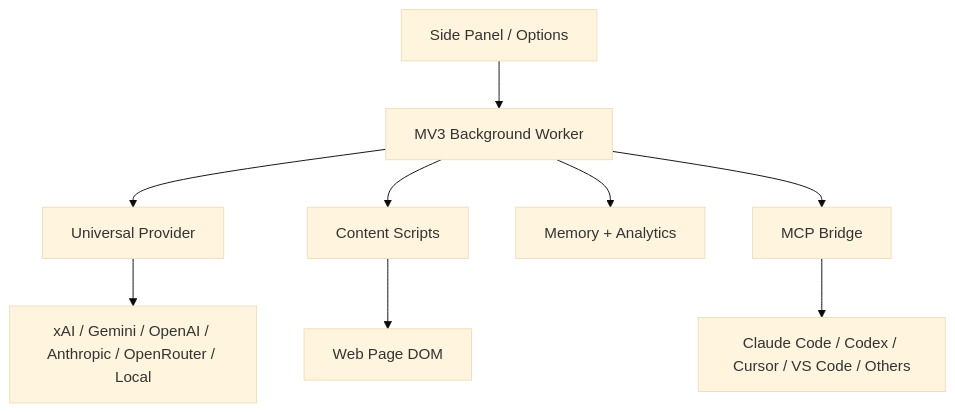
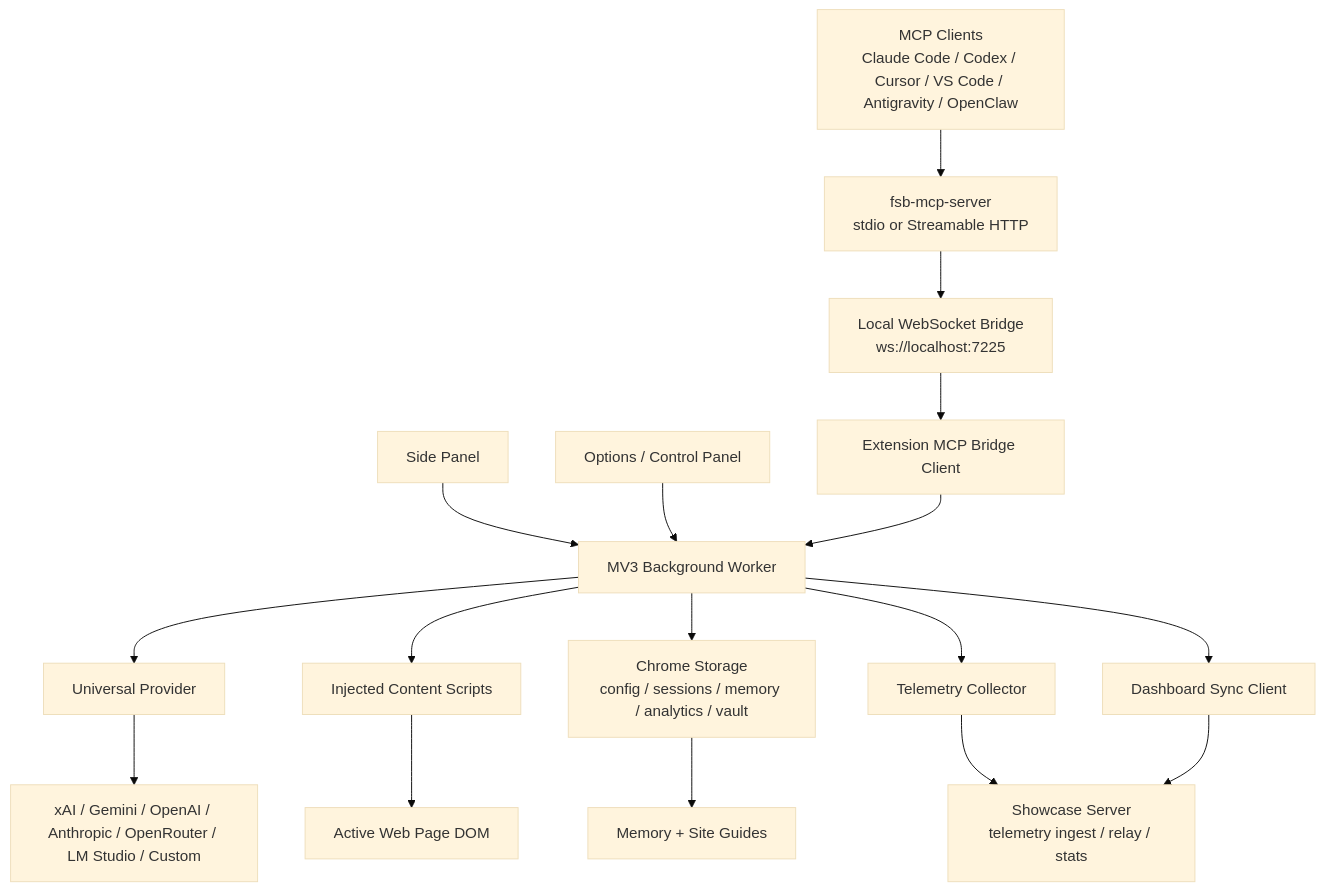
Before and after one commit to LakshmanTurlapati/FSB: the diagram in README.md, drawn with Mermaid (base theme). The commit also changed other lines of this file and 3 other files, not shown here.

Commit message:
docs: add demo thumbnails and architecture updates

````diff
--- a/README.md
+++ b/README.md
@@ -371,11 +399,19 @@
 ```mermaid
 graph TB
-    UI["Side Panel / Options"] --> BG["MV3 Background Worker"]
+    CLIENTS["MCP Clients<br/>Claude Code / Codex / Cursor / VS Code / Antigravity / OpenClaw"] --> SERVER["fsb-mcp-server<br/>stdio or Streamable HTTP"]
+    SERVER --> BRIDGE["Local WebSocket Bridge<br/>ws://localhost:7225"]
+    BRIDGE --> EXTBRIDGE["Extension MCP Bridge Client"]
+    SIDE["Side Panel"] --> BG["MV3 Background Worker"]
+    OPTIONS["Options / Control Panel"] --> BG
+    EXTBRIDGE --> BG
     BG --> AI["Universal Provider"]
-    BG --> CS["Content Scripts"]
-    BG --> MEM["Memory + Analytics"]
-    BG --> MCP["MCP Bridge"]
-    AI --> APIs["xAI / Gemini / OpenAI / Anthropic / OpenRouter / Local"]
-    CS --> PAGE["Web Page DOM"]
-    MCP --> CLIENTS["Claude Code / Codex / Cursor / VS Code / Others"]
+    AI --> APIs["xAI / Gemini / OpenAI / Anthropic / OpenRouter / LM Studio / Custom"]
+    BG --> CS["Injected Content Scripts"]
+    CS --> PAGE["Active Web Page DOM"]
+    BG --> STORAGE["Chrome Storage<br/>config / sessions / memory / analytics / vault"]
+    STORAGE --> MEMORY["Memory + Site Guides"]
+    BG --> TELEMETRY["Telemetry Collector"]
+    BG --> DASHRELAY["Dashboard Sync Client"]
+    TELEMETRY --> SHOWCASE["Showcase Server<br/>telemetry ingest / relay / stats"]
+    DASHRELAY --> SHOWCASE
 ```
````
